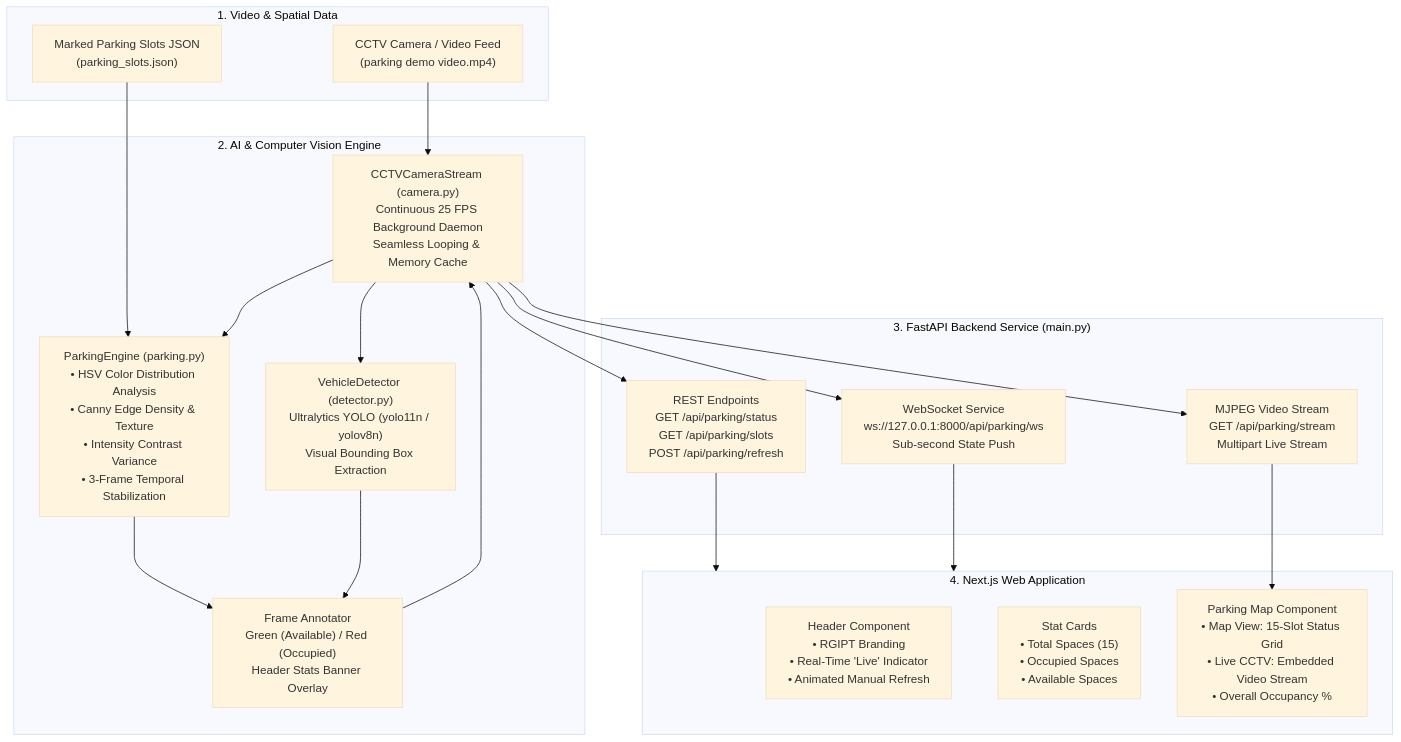
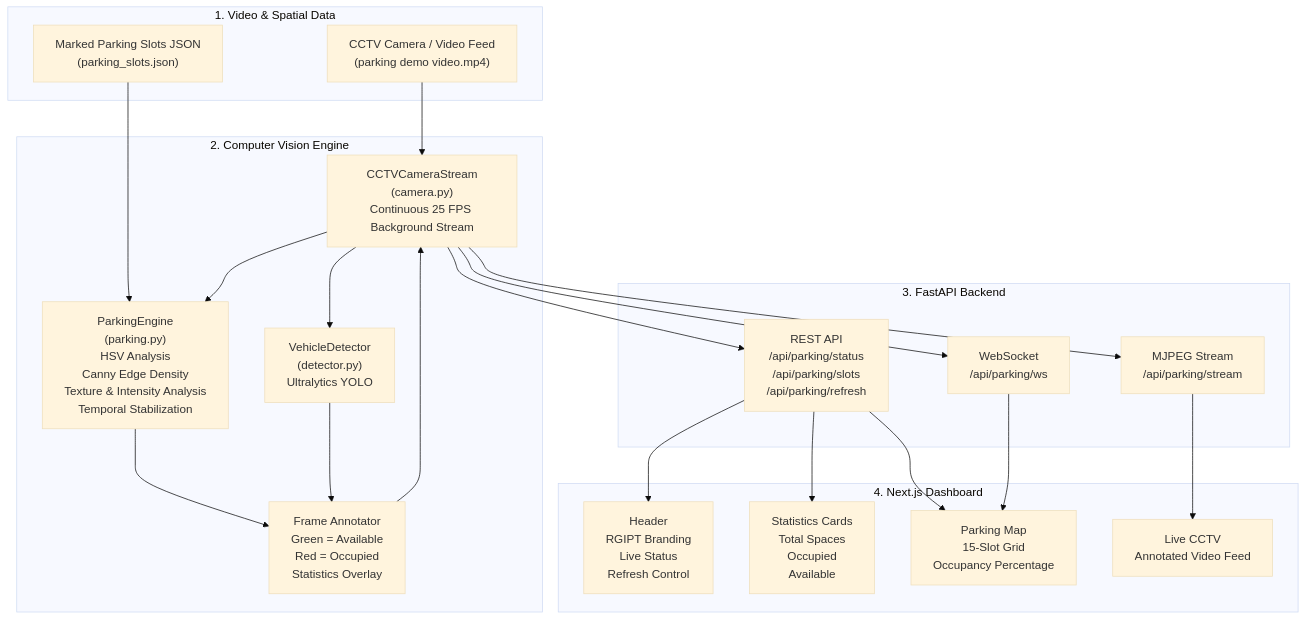
One commit to moquaddaswaris/smart-parking-system changed the diagram in README.md. Above: the diagram before and after it, drawn with Mermaid (base theme). The commit also changed other lines of this file, not shown here.

````diff
--- a/README.md
+++ b/README.md
@@ -10,42 +29,46 @@
 ```mermaid
 flowchart TD
+
     subgraph VideoSource["1. Video & Spatial Data"]
-        CCTV["CCTV Camera / Video Feed\n(parking demo video.mp4)"]
-        SlotsJSON["Marked Parking Slots JSON\n(parking_slots.json)"]
+        CCTV["CCTV Camera / Video Feed<br/>(parking demo video.mp4)"]
+        SlotsJSON["Marked Parking Slots JSON<br/>(parking_slots.json)"]
     end
 
-    subgraph ComputerVision["2. AI & Computer Vision Engine"]
-        StreamMgr["CCTVCameraStream (camera.py)\nContinuous 25 FPS Background Daemon\nSeamless Looping & Memory Cache"]
-        Engine["ParkingEngine (parking.py)\n• HSV Color Distribution Analysis\n• Canny Edge Density & Texture\n• Intensity Contrast Variance\n• 3-Frame Temporal Stabilization"]
-        Detector["VehicleDetector (detector.py)\nUltralytics YOLO (yolo11n / yolov8n)\nVisual Bounding Box Extraction"]
-        Annotator["Frame Annotator\nGreen (Available) / Red (Occupied)\nHeader Stats Banner Overlay"]
+    subgraph ComputerVision["2. Computer Vision Engine"]
+        StreamMgr["CCTVCameraStream<br/>(camera.py)<br/>Continuous 25 FPS Background Stream"]
+        Engine["ParkingEngine<br/>(parking.py)<br/>HSV Analysis<br/>Canny Edge Density<br/>Texture & Intensity Analysis<br/>Temporal Stabilization"]
+        Detector["VehicleDetector<br/>(detector.py)<br/>Ultralytics YOLO"]
+        Annotator["Frame Annotator<br/>Green = Available<br/>Red = Occupied<br/>Statistics Overlay"]
     end
 
-    subgraph BackendAPI["3. FastAPI Backend Service (main.py)"]
-        REST["REST Endpoints\nGET /api/parking/status\nGET /api/parking/slots\nPOST /api/parking/refresh"]
-        WS["WebSocket Service\nws://127.0.0.1:8000/api/parking/ws\nSub-second State Push"]
-        MJPEG["MJPEG Video Stream\nGET /api/parking/stream\nMultipart Live Stream"]
+    subgraph BackendAPI["3. FastAPI Backend"]
+        REST["REST API<br/>/api/parking/status<br/>/api/parking/slots<br/>/api/parking/refresh"]
+        WS["WebSocket<br/>/api/parking/ws"]
+        MJPEG["MJPEG Stream<br/>/api/parking/stream"]
     end
 
-    subgraph FrontendApp["4. Next.js Web Application"]
-        Header["Header Component\n• RGIPT Branding\n• Real-Time 'Live' Indicator\n• Animated Manual Refresh"]
-        StatCards["Stat Cards\n• Total Spaces (15)\n• Occupied Spaces\n• Available Spaces"]
-        ParkingMap["Parking Map Component\n• Map View: 15-Slot Status Grid\n• Live CCTV: Embedded Video Stream\n• Overall Occupancy %"]
+    subgraph FrontendApp["4. Next.js Dashboard"]
+        Header["Header<br/>RGIPT Branding<br/>Live Status<br/>Refresh Control"]
+        Stats["Statistics Cards<br/>Total Spaces<br/>Occupied<br/>Available"]
+        Map["Parking Map<br/>15-Slot Grid<br/>Occupancy Percentage"]
+        CCTVView["Live CCTV<br/>Annotated Video Feed"]
     end
 
     CCTV --> StreamMgr
     SlotsJSON --> Engine
     StreamMgr --> Engine
     StreamMgr --> Detector
     Engine --> Annotator
     Detector --> Annotator
     Annotator --> StreamMgr
 
     StreamMgr --> REST
     StreamMgr --> WS
     StreamMgr --> MJPEG
 
-    REST --> FrontendApp
-    WS --> FrontendApp
-    MJPEG --> ParkingMap
+    REST --> Header
+    REST --> Stats
+    REST --> Map
+    WS --> Map
+    MJPEG --> CCTVView
 ```
````
